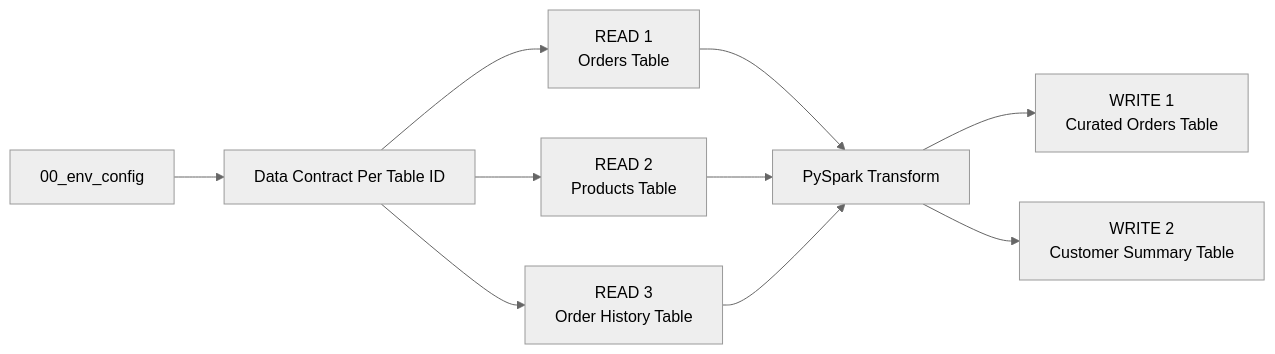
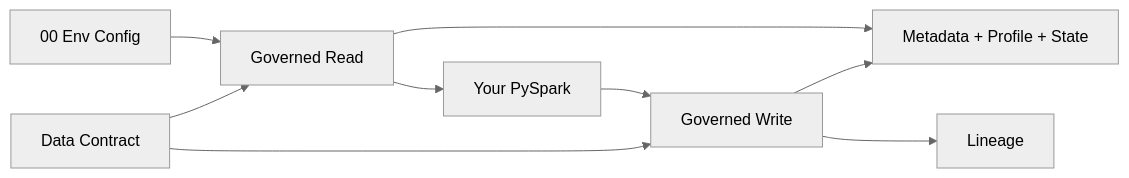
One commit to Voycepeh/FabricOps-Starter-Kit changed the second of 2 diagrams in docs/solutions/plug-and-play-data-pipelines.md. Above: the diagram before and after it, drawn with Mermaid (neutral theme). The commit also changed other lines of this file, not shown here.

````diff
--- a/docs/solutions/plug-and-play-data-pipelines.md
+++ b/docs/solutions/plug-and-play-data-pipelines.md
@@ -86,15 +85,13 @@
 ```mermaid
 flowchart LR
-    ENV["00_env_config"] --> CONTRACT["Data Contract Per Table ID"]
+    ENV["00 Env Config"] --> READ["Governed Read"]
+    READ --> TRANSFORM["Your PySpark"]
+    TRANSFORM --> WRITE["Governed Write"]
 
-    CONTRACT --> R1["READ 1<br/>Orders Table"]
-    CONTRACT --> R2["READ 2<br/>Products Table"]
-    CONTRACT --> R3["READ 3<br/>Order History Table"]
+    CONTRACT["Data Contract"] --> READ
+    CONTRACT --> WRITE
 
-    R1 --> TRANSFORM["PySpark Transform"]
-    R2 --> TRANSFORM
-    R3 --> TRANSFORM
-
-    TRANSFORM --> W1["WRITE 1<br/>Curated Orders Table"]
-    TRANSFORM --> W2["WRITE 2<br/>Customer Summary Table"]
+    READ --> META["Metadata + Profile + State"]
+    WRITE --> META
+    WRITE --> LINEAGE["Lineage"]
 ```
````
